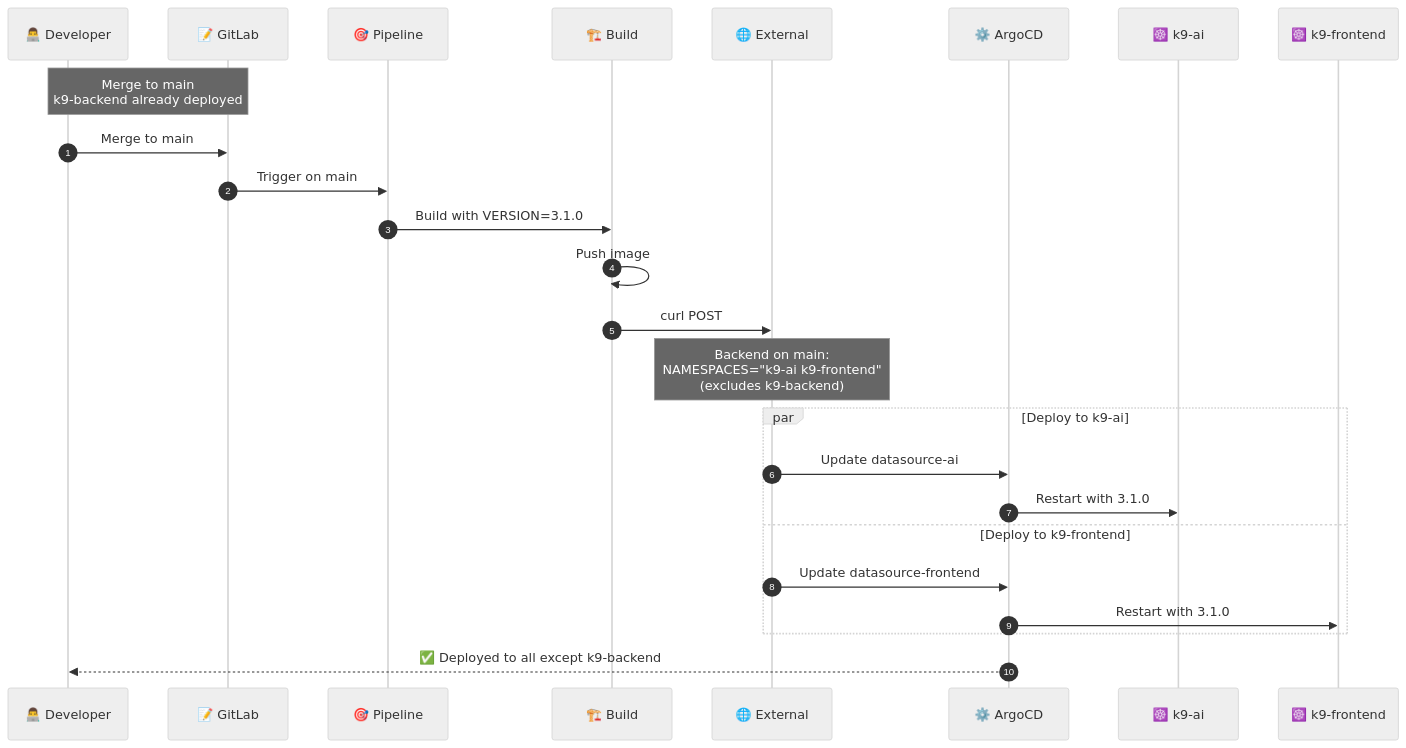
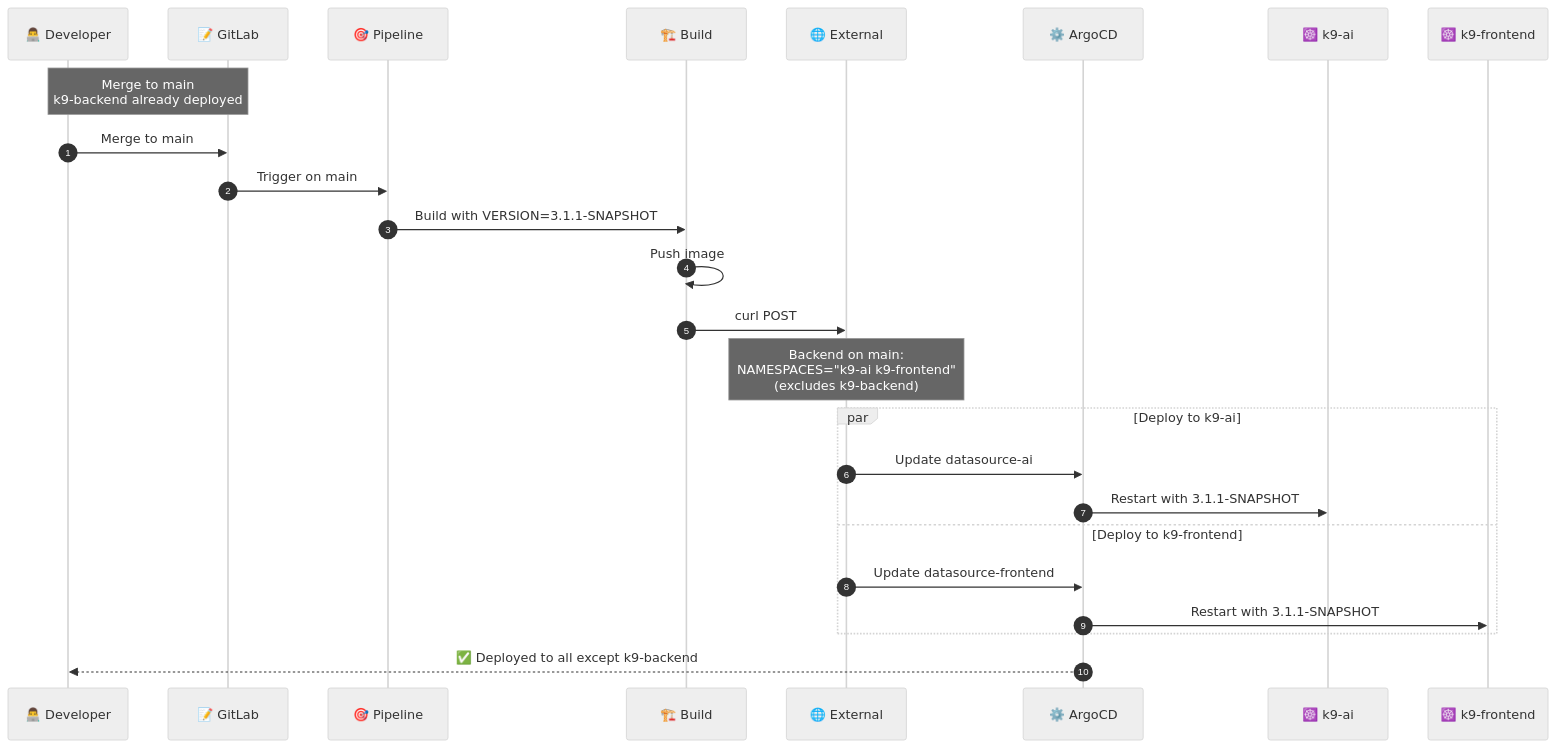
Before and after one commit to smclab/openk9: the sixth of 7 diagrams in .gitlab/README.md, drawn with Mermaid (neutral theme). The commit also changed 83 other files, not shown here.

````diff
--- a/.gitlab/README.md
+++ b/.gitlab/README.md
@@ -382,32 +382,32 @@
 ```mermaid
 sequenceDiagram
     autonumber
     participant Dev as 👨‍💻 Developer
     participant Git as 📝 GitLab
     participant Pipeline as 🎯 Pipeline
     participant Build as 🏗️ Build
     participant External as 🌐 External
     participant ArgoCD as ⚙️ ArgoCD
     participant AI as ☸️ k9-ai
     participant FE as ☸️ k9-frontend
     
     Note over Dev,Git: Merge to main<br/>k9-backend already deployed
     
     Dev->>Git: Merge to main
     Git->>Pipeline: Trigger on main
-    Pipeline->>Build: Build with VERSION=3.1.0
+    Pipeline->>Build: Build with VERSION=3.1.1-SNAPSHOT
     Build->>Build: Push image
     Build->>External: curl POST
     
     Note over External: Backend on main:<br/>NAMESPACES="k9-ai k9-frontend"<br/>(excludes k9-backend)
     
     par Deploy to k9-ai
         External->>ArgoCD: Update datasource-ai
-        ArgoCD->>AI: Restart with 3.1.0
+        ArgoCD->>AI: Restart with 3.1.1-SNAPSHOT
     and Deploy to k9-frontend
         External->>ArgoCD: Update datasource-frontend
-        ArgoCD->>FE: Restart with 3.1.0
+        ArgoCD->>FE: Restart with 3.1.1-SNAPSHOT
     end
     
     ArgoCD-->>Dev: ✅ Deployed to all except k9-backend
 ```
````
